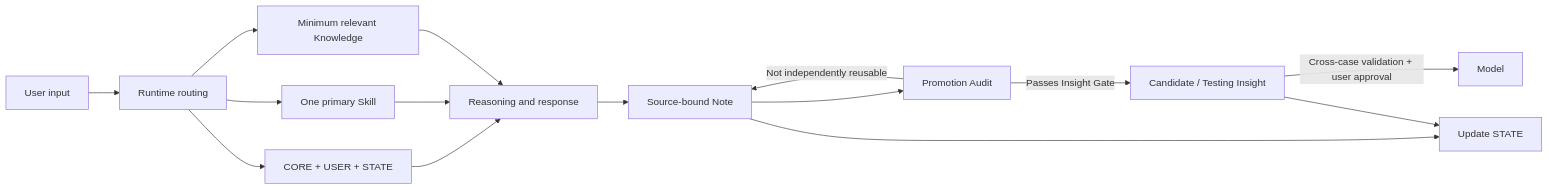
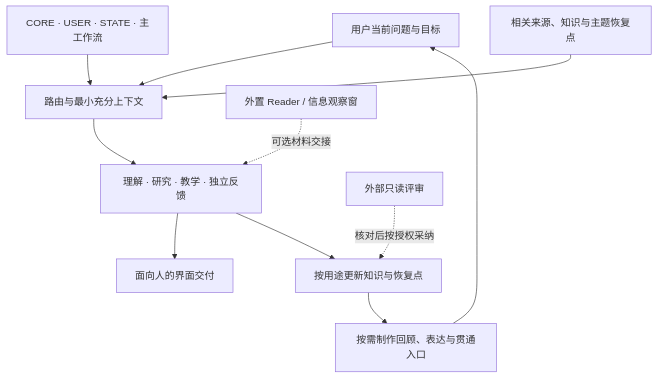
One commit to yuchengchai404-sketch/personal-world-model-harness changed the diagram in README.md. Above: the diagram before and after it, drawn with Mermaid. The commit also changed other lines of this file and 32 other files, not shown here.

````diff
--- a/README.md
+++ b/README.md
@@ -65,17 +51,13 @@
 ```mermaid
-flowchart LR
-    U["User input"] --> R["Runtime routing"]
-    R --> C["CORE + USER + STATE"]
-    R --> S["One primary Skill"]
-    R --> K["Minimum relevant Knowledge"]
-    C --> O["Reasoning and response"]
-    S --> O
-    K --> O
-    O --> N["Source-bound Note"]
-    N --> P["Promotion Audit"]
-    P -->|"Not independently reusable"| N
-    P -->|"Passes Insight Gate"| I["Candidate / Testing Insight"]
-    I -->|"Cross-case validation + user approval"| M["Model"]
-    N --> ST["Update STATE"]
-    I --> ST
+flowchart TB
+    U["用户当前问题与目标"] --> R["路由与最小充分上下文"]
+    C["CORE · USER · STATE · 主工作流"] --> R
+    K["相关来源、知识与主题恢复点"] --> R
+    R --> D["理解 · 研究 · 教学 · 独立反馈"]
+    D --> H["面向人的界面交付"]
+    D --> A["按用途更新知识与恢复点"]
+    A --> V["按需制作回顾、表达与贯通入口"]
+    V --> U
+    E["外置 Reader / 信息观察窗"] -. "可选材料交接" .-> D
+    X["外部只读评审"] -. "核对后按授权采纳" .-> A
 ```
````
